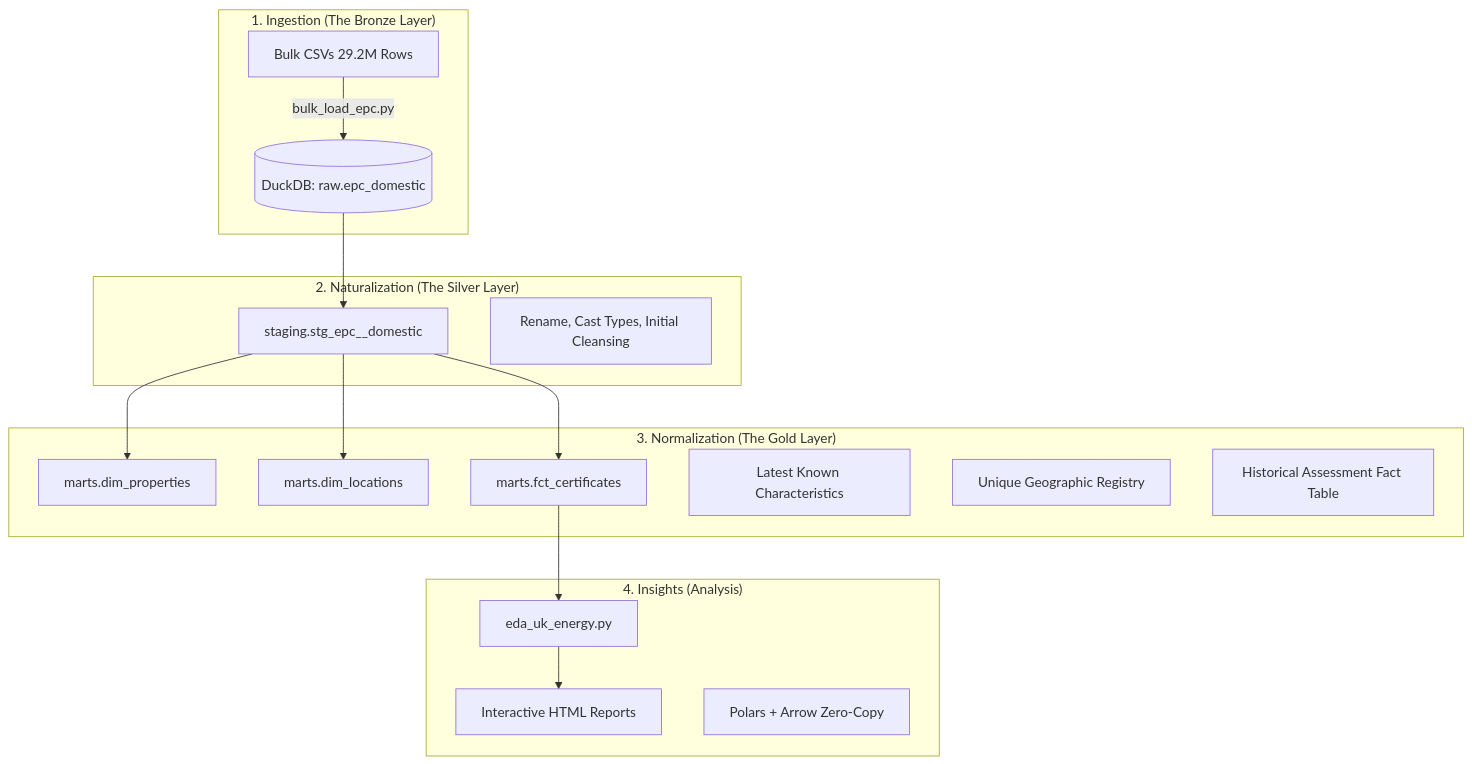
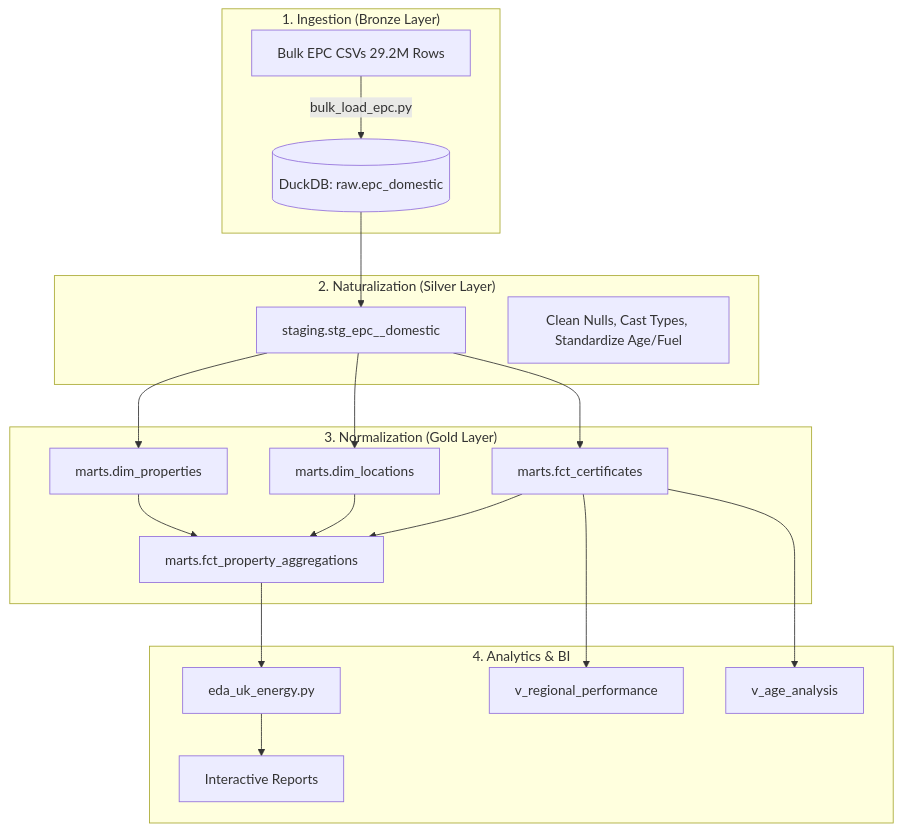
One commit to Shazankk/UK-Energy-Data-EPC changed the diagram in README.md. Above: the diagram before and after it, drawn with Mermaid.

Commit message:
docs: update architecture diagram in README to reflect refined dbt layer structure and new aggregation models

````diff
--- a/README.md
+++ b/README.md
@@ -20,26 +20,28 @@
 ```mermaid
 graph TD
-    subgraph "1. Ingestion (The Bronze Layer)"
-        A[Bulk CSVs 29.2M Rows] -->|bulk_load_epc.py| B[(DuckDB: raw.epc_domestic)]
+    subgraph "1. Ingestion (Bronze Layer)"
+        CSV[Bulk EPC CSVs 29.2M Rows] -->|bulk_load_epc.py| RAW[(DuckDB: raw.epc_domestic)]
     end
 
-    subgraph "2. Naturalization (The Silver Layer)"
-        B --> C[staging.stg_epc__domestic]
-        NoteC[Rename, Cast Types, Initial Cleansing]
+    subgraph "2. Naturalization (Silver Layer)"
+        RAW --> STG[staging.stg_epc__domestic]
+        NoteSTG[Clean Nulls, Cast Types, Standardize Age/Fuel]
     end
 
-    subgraph "3. Normalization (The Gold Layer)"
-        C --> D[marts.dim_properties]
-        C --> E[marts.dim_locations]
-        C --> F[marts.fct_certificates]
-        NoteD[Latest Known Characteristics]
-        NoteE[Unique Geographic Registry]
-        NoteF[Historical Assessment Fact Table]
+    subgraph "3. Normalization (Gold Layer)"
+        STG --> DIM_P[marts.dim_properties]
+        STG --> DIM_L[marts.dim_locations]
+        STG --> FCT_C[marts.fct_certificates]
+        
+        DIM_P --> FCT_AGG[marts.fct_property_aggregations]
+        DIM_L --> FCT_AGG
+        FCT_C --> FCT_AGG
     end
 
-    subgraph "4. Insights (Analysis)"
-        F --> G[eda_uk_energy.py]
-        G --> H[Interactive HTML Reports]
-        NoteG[Polars + Arrow Zero-Copy]
+    subgraph "4. Analytics & BI"
+        FCT_C --> V_REGIONAL[v_regional_performance]
+        FCT_C --> V_AGE[v_age_analysis]
+        FCT_AGG --> EDA[eda_uk_energy.py]
+        EDA --> HTML[Interactive Reports]
     end
 ```
````
